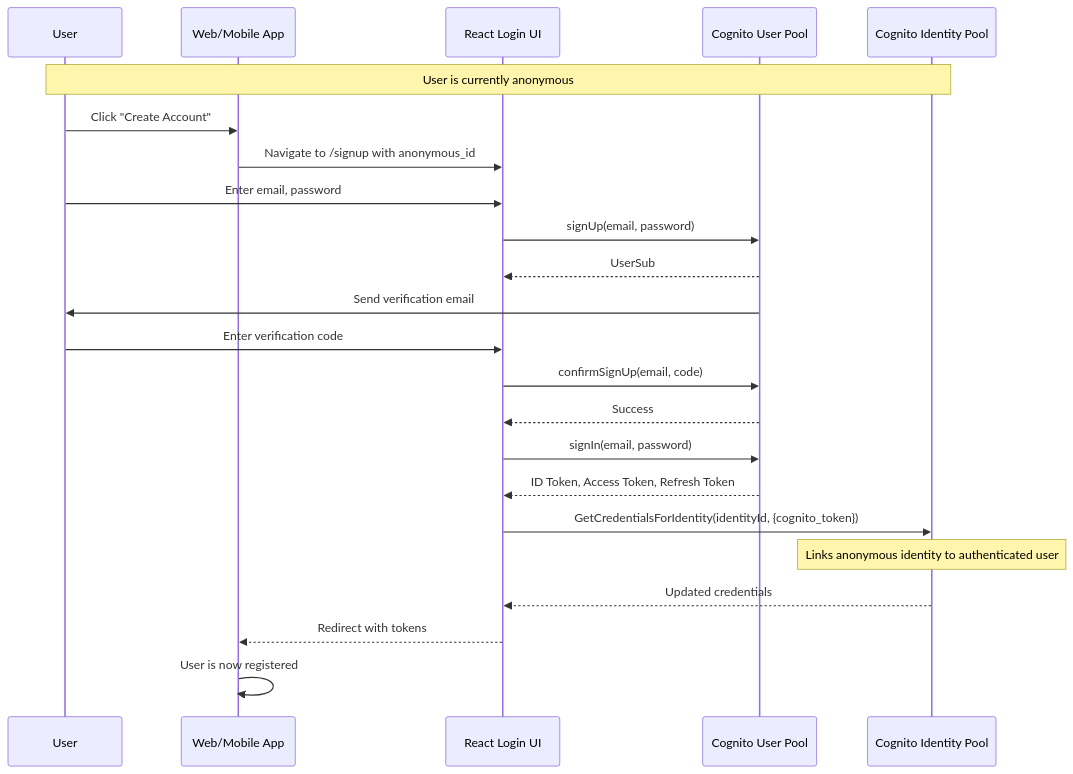
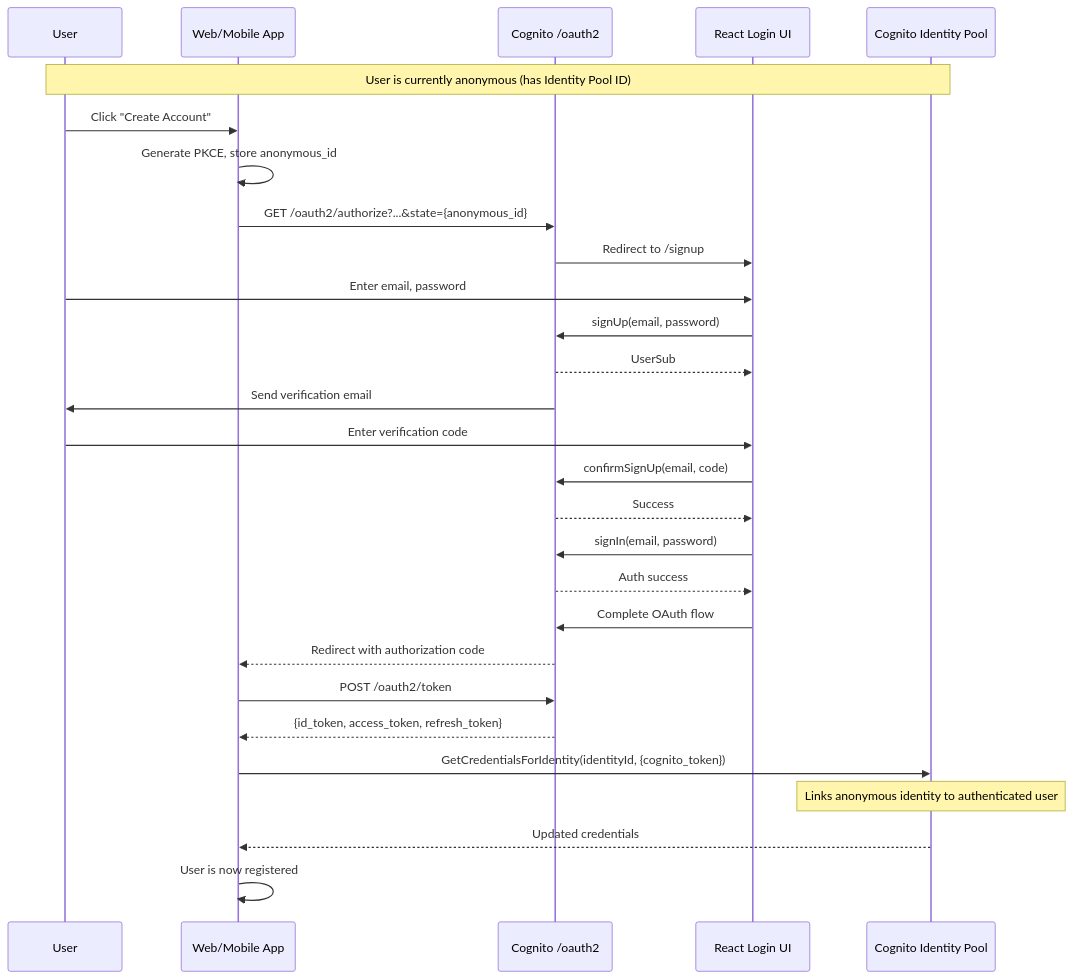
One commit to dumip/tsz-idp changed the sixth of 6 diagrams in .kiro/specs/thesafezone-idp/design.md. Above: the diagram before and after it, drawn with Mermaid. The commit also changed other lines of this file and 1 other file, not shown here.

````diff
--- a/.kiro/specs/thesafezone-idp/design.md
+++ b/.kiro/specs/thesafezone-idp/design.md
@@ -258,26 +283,31 @@
 ```mermaid
 sequenceDiagram
     participant User
     participant App as Web/Mobile App
+    participant Cognito as Cognito /oauth2
     participant LoginUI as React Login UI
-    participant Cognito as Cognito User Pool
     participant IdentityPool as Cognito Identity Pool
 
-    Note over User,IdentityPool: User is currently anonymous
+    Note over User,IdentityPool: User is currently anonymous (has Identity Pool ID)
     User->>App: Click "Create Account"
-    App->>LoginUI: Navigate to /signup with anonymous_id
+    App->>App: Generate PKCE, store anonymous_id
+    App->>Cognito: GET /oauth2/authorize?...&state={anonymous_id}
+    Cognito->>LoginUI: Redirect to /signup
     User->>LoginUI: Enter email, password
     LoginUI->>Cognito: signUp(email, password)
     Cognito-->>LoginUI: UserSub
     Cognito->>User: Send verification email
     User->>LoginUI: Enter verification code
     LoginUI->>Cognito: confirmSignUp(email, code)
     Cognito-->>LoginUI: Success
     LoginUI->>Cognito: signIn(email, password)
-    Cognito-->>LoginUI: ID Token, Access Token, Refresh Token
-    LoginUI->>IdentityPool: GetCredentialsForIdentity(identityId, {cognito_token})
+    Cognito-->>LoginUI: Auth success
+    LoginUI->>Cognito: Complete OAuth flow
+    Cognito-->>App: Redirect with authorization code
+    App->>Cognito: POST /oauth2/token
+    Cognito-->>App: {id_token, access_token, refresh_token}
+    App->>IdentityPool: GetCredentialsForIdentity(identityId, {cognito_token})
     Note over IdentityPool: Links anonymous identity to authenticated user
-    IdentityPool-->>LoginUI: Updated credentials
-    LoginUI-->>App: Redirect with tokens
+    IdentityPool-->>App: Updated credentials
     App->>App: User is now registered
 ```
````
